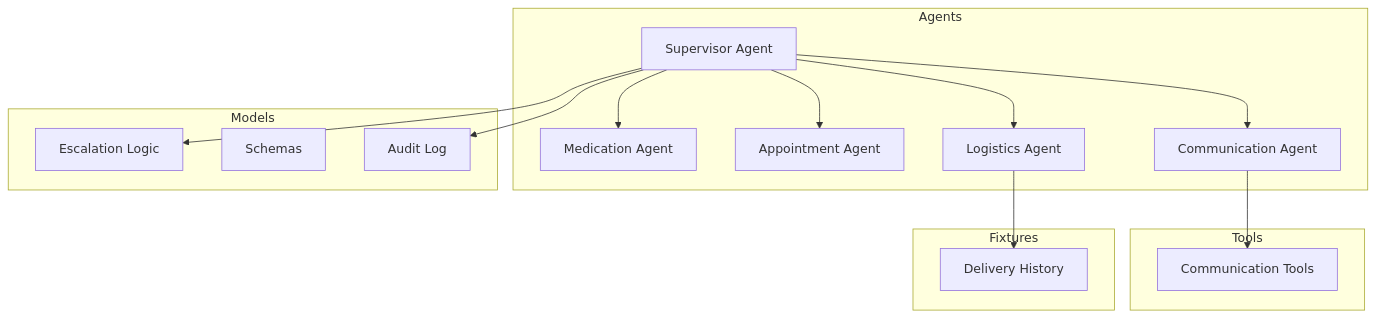
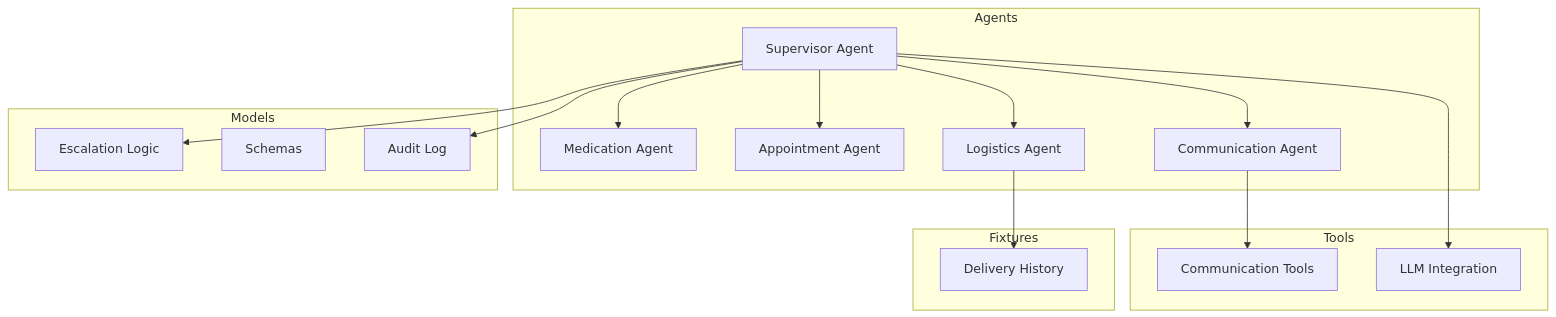
One commit to infamous-rebel/CareBridge changed the first of 10 diagrams in .qoder/repowiki/en/content/Core Agents/Supervisor Agent.md. Above: the diagram before and after it, drawn with Mermaid. The commit also changed other lines of this file and 12 other files, not shown here.

````diff
--- a/.qoder/repowiki/en/content/Core Agents/Supervisor Agent.md
+++ b/.qoder/repowiki/en/content/Core Agents/Supervisor Agent.md
@@ -43,29 +51,31 @@
 ```mermaid
 graph TB
 subgraph "Agents"
 S["Supervisor Agent"]
 M["Medication Agent"]
 A["Appointment Agent"]
 L["Logistics Agent"]
 C["Communication Agent"]
 end
 subgraph "Models"
 E["Escalation Logic"]
 SC["Schemas"]
 AL["Audit Log"]
 end
 subgraph "Tools"
 CT["Communication Tools"]
+LLM["LLM Integration"]
 end
 subgraph "Fixtures"
 DH["Delivery History"]
 end
 S --> M
 S --> A
 S --> L
 S --> C
 S --> E
 S --> AL
+S --> LLM
 C --> CT
 L --> DH
 ```
````
